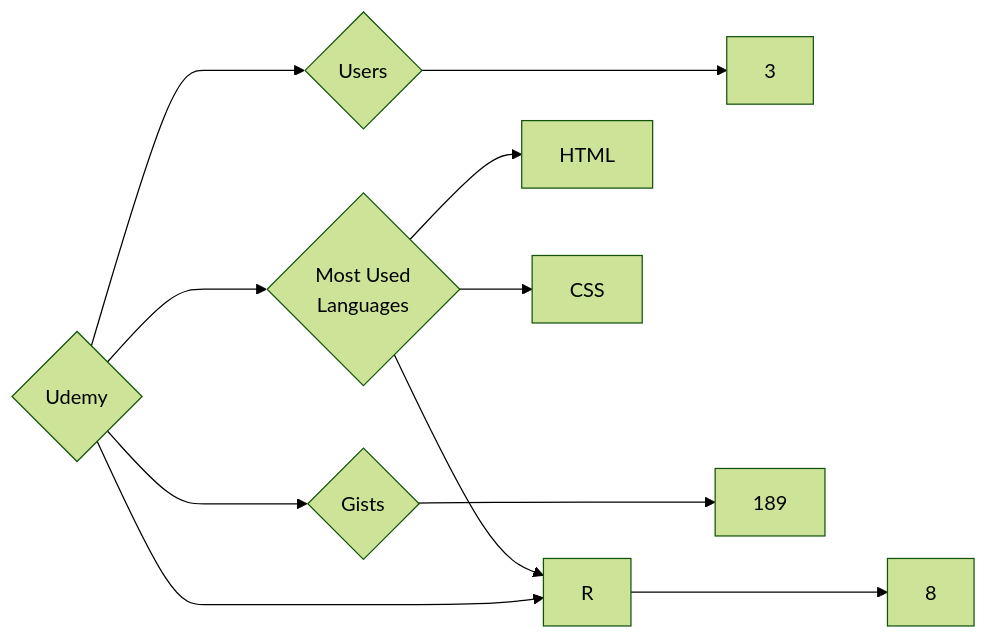
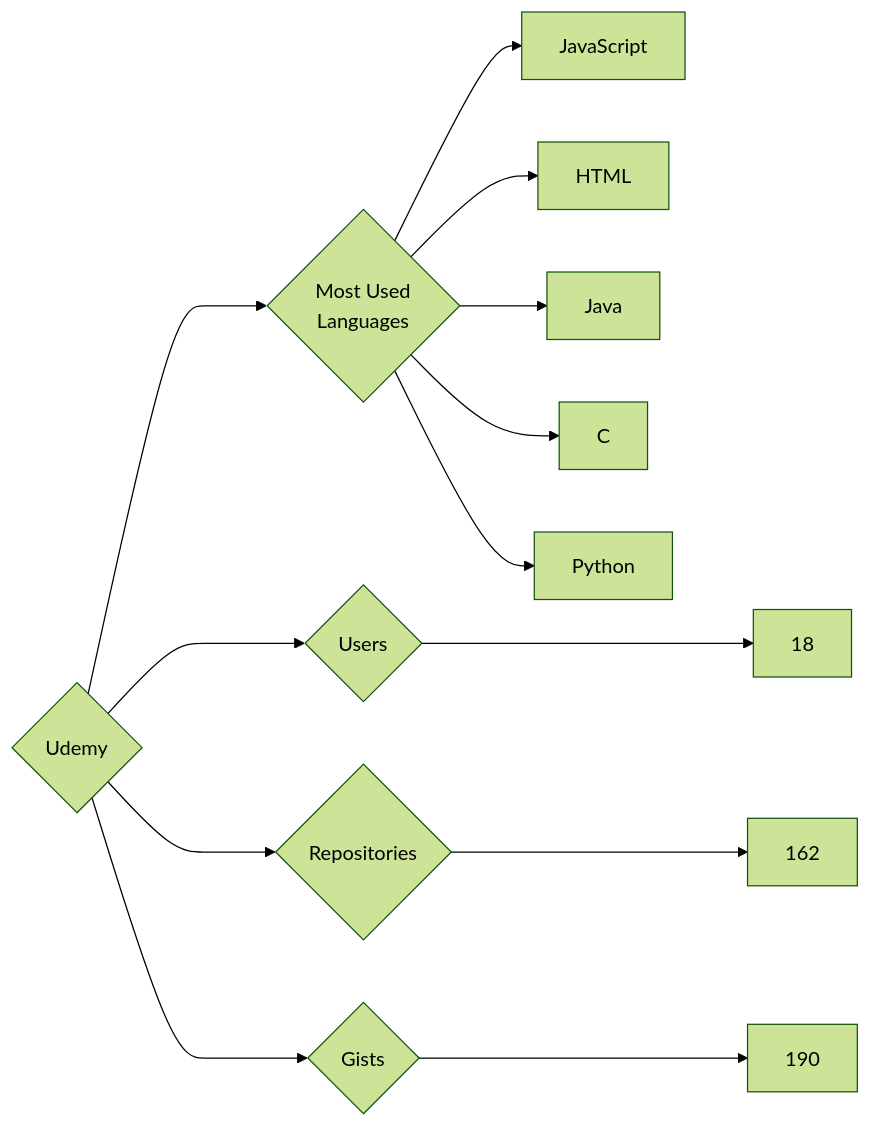
The diagram in targets/Udemy/README.md (trickest/insiders), drawn with Mermaid (forest theme) before and after one commit. The commit also changed 877 other files, not shown here.

````diff
--- a/targets/Udemy/README.md
+++ b/targets/Udemy/README.md
@@ -3,11 +3,13 @@
 ```mermaid
 graph LR
 COMPANY_NAME{Udemy}
-COMPANY_NAME ---> U{Users} ---> UN[3]
-COMPANY_NAME ---> R{Repositories} ---> RN[8]
-COMPANY_NAME ---> G{Gists} ---> GN[189]
+COMPANY_NAME ---> U{Users} ---> UN[18]
+COMPANY_NAME ---> R{Repositories} ---> RN[162]
+COMPANY_NAME ---> G{Gists} ---> GN[190]
 COMPANY_NAME ---> ML{Most Used<br>Languages}
+ML --> JavaScript[JavaScript]
 ML --> HTML[HTML]
-ML --> R[R]
-ML --> CSS[CSS]
+ML --> Java[Java]
+ML --> C[C]
+ML --> Python[Python]
 ```
````
